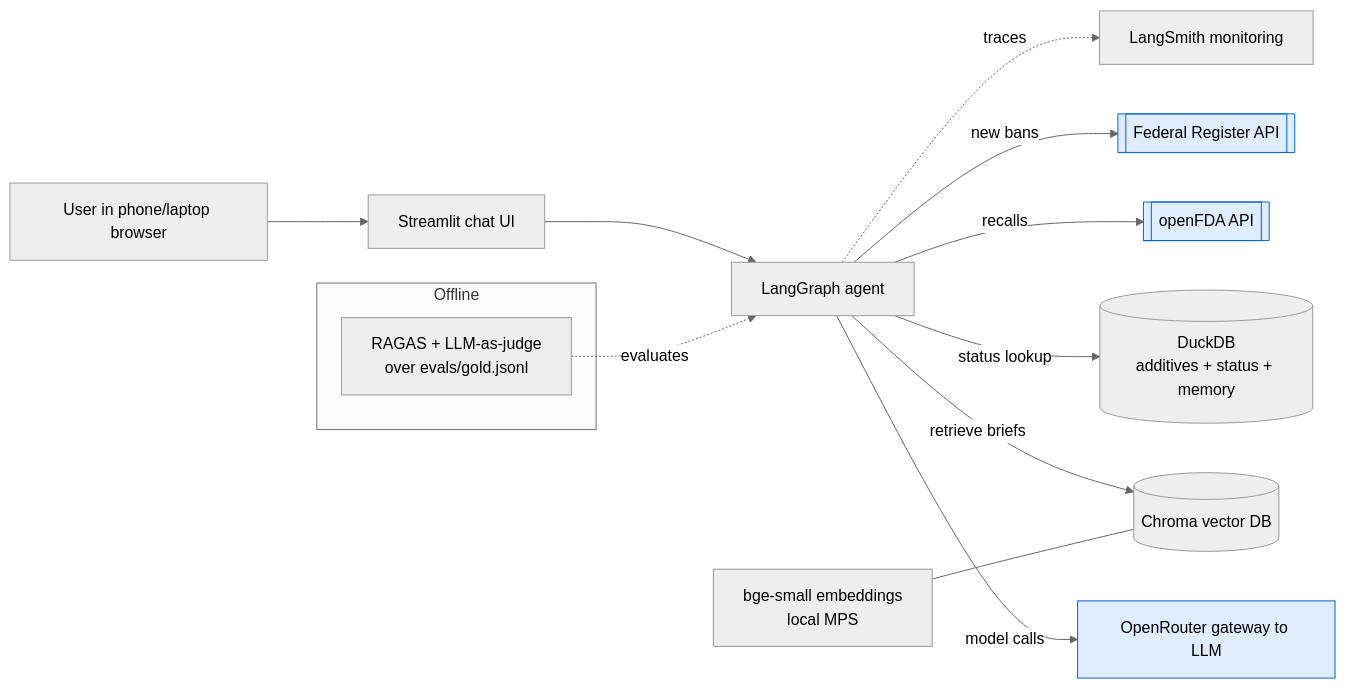
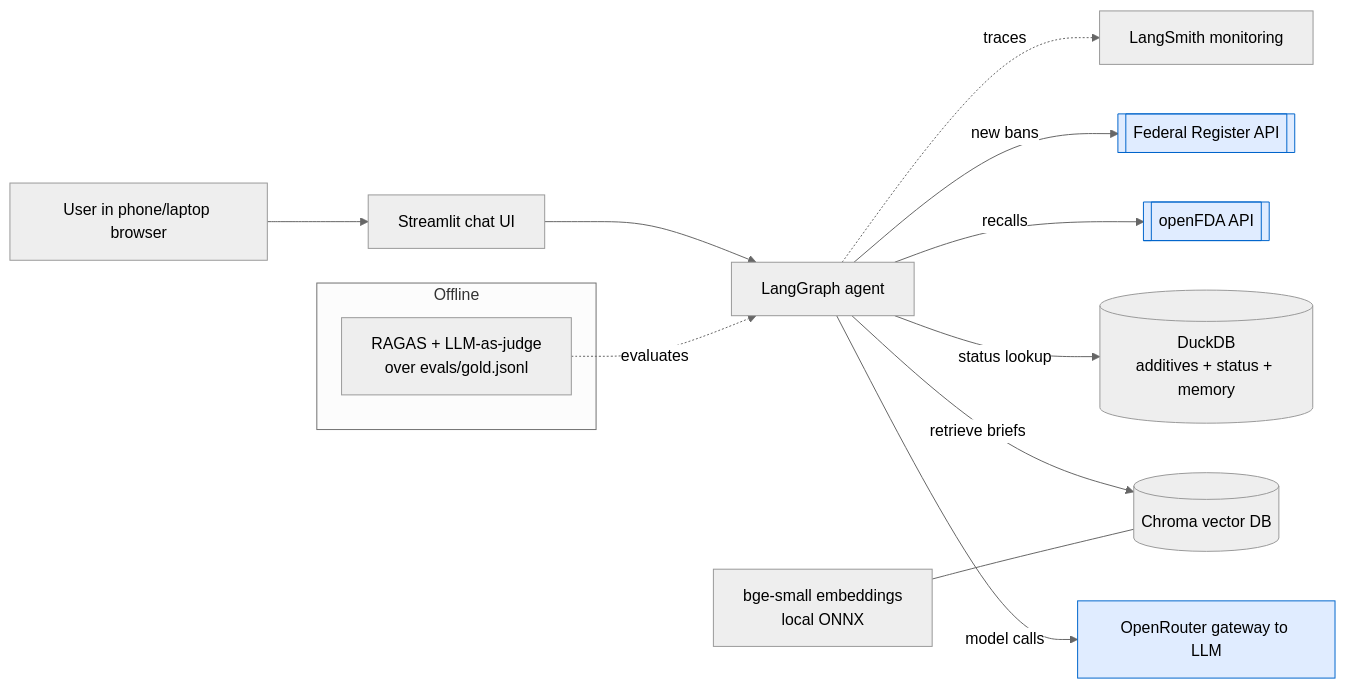
The second of 3 diagrams in docs/SUBMISSION.md (areverything/label-lens), drawn with Mermaid (neutral theme) before and after one commit. The commit also changed other lines of this file and 10 other files, not shown here.

````diff
--- a/docs/SUBMISSION.md
+++ b/docs/SUBMISSION.md
@@ -84,19 +84,19 @@
 ```mermaid
 flowchart LR
     U[User in phone/laptop browser] --> UI[Streamlit chat UI]
     UI --> AG[LangGraph agent]
     AG -->|model calls| GW[OpenRouter gateway to LLM]
     AG -->|status lookup| DB[(DuckDB<br/>additives + status + memory)]
     AG -->|retrieve briefs| VDB[(Chroma vector DB)]
-    EMB[bge-small embeddings<br/>local MPS] --- VDB
+    EMB[bge-small embeddings<br/>local ONNX] --- VDB
     AG -->|recalls| FDA[[openFDA API]]
     AG -->|new bans| FR[[Federal Register API]]
     AG -.traces.-> LS[LangSmith monitoring]
     subgraph Offline
         EV[RAGAS + LLM-as-judge<br/>over evals/gold.jsonl]
     end
     EV -.evaluates.-> AG
 
     classDef ext fill:#e0ecff,stroke:#06c,color:#000;
     class FDA,FR,GW ext
 ```
````
